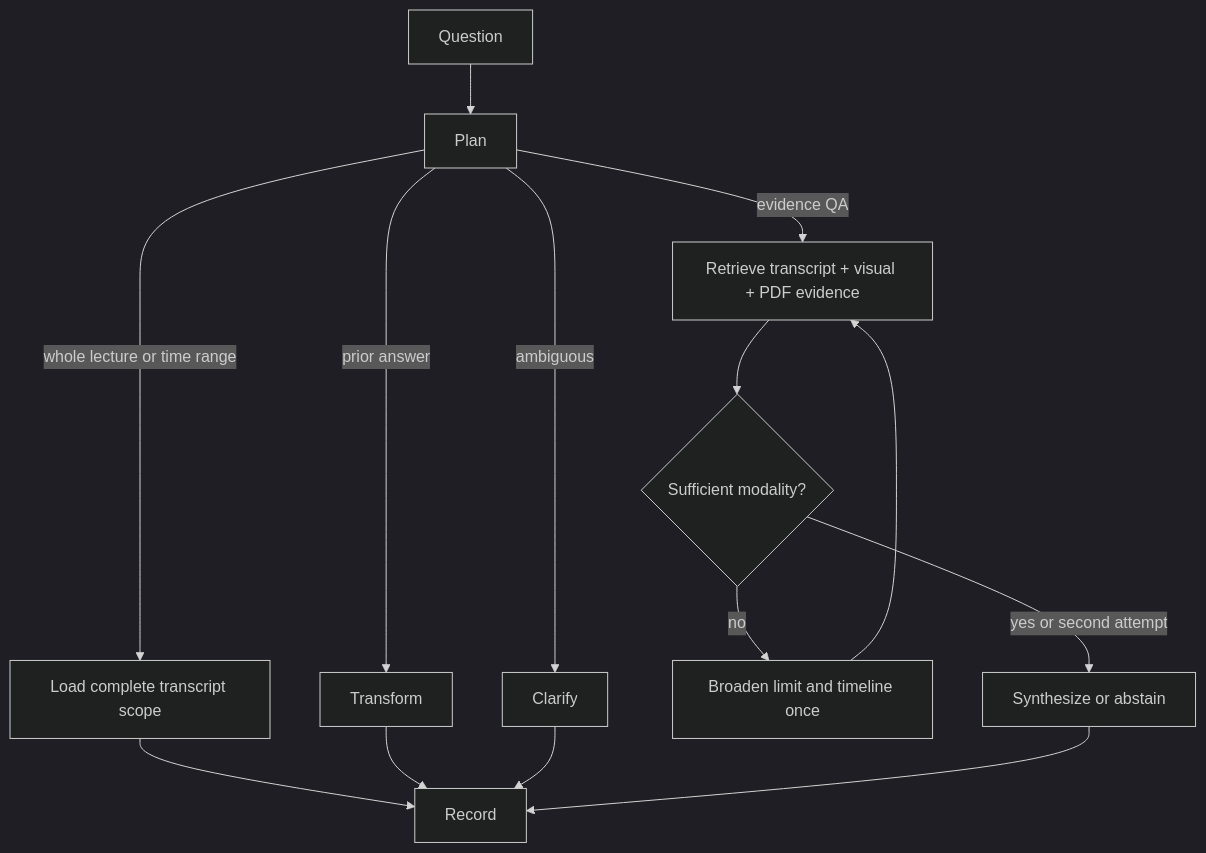
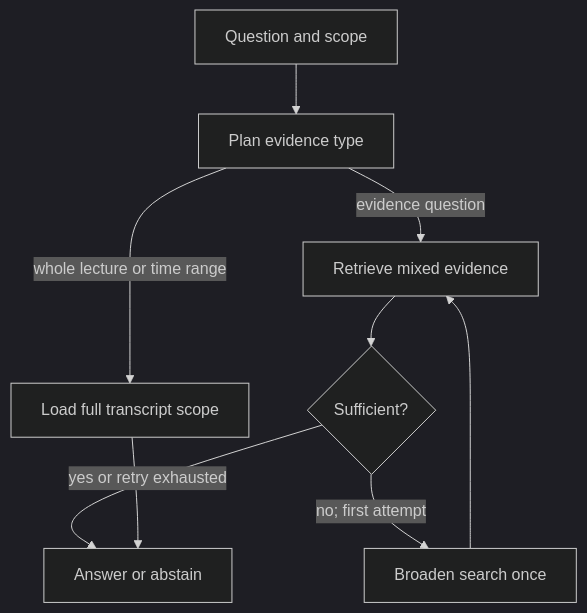
One commit to rabhishek100/agentic_study_partner changed the third of 15 diagrams in docs/flows.md. Above: the diagram before and after it, drawn with Mermaid (dark theme). The commit also changed other lines of this file and 9 other files, not shown here.

Commit message:
Consolidate concise feature and architecture documentation

````diff
--- a/docs/flows.md
+++ b/docs/flows.md
@@ -76,16 +63,11 @@
 ```mermaid
 flowchart TD
-    Q[Question] --> P[Plan]
-    P -->|whole lecture or time range| F[Load complete transcript scope]
-    P -->|evidence QA| R[Retrieve transcript + visual + PDF evidence]
-    P -->|prior answer| T[Transform]
-    P -->|ambiguous| C[Clarify]
-    R --> S{Sufficient modality?}
-    S -->|no| B[Broaden limit and timeline once]
+    Q[Question and scope] --> P[Plan evidence type]
+    P -->|whole lecture or time range| T[Load full transcript scope]
+    P -->|evidence question| R[Retrieve mixed evidence]
+    R --> S{Sufficient?}
+    S -->|no; first attempt| B[Broaden search once]
     B --> R
-    S -->|yes or second attempt| A[Synthesize or abstain]
-    F --> Z[Record]
-    T --> Z
-    C --> Z
-    A --> Z
+    S -->|yes or retry exhausted| A[Answer or abstain]
+    T --> A
 ```
````
